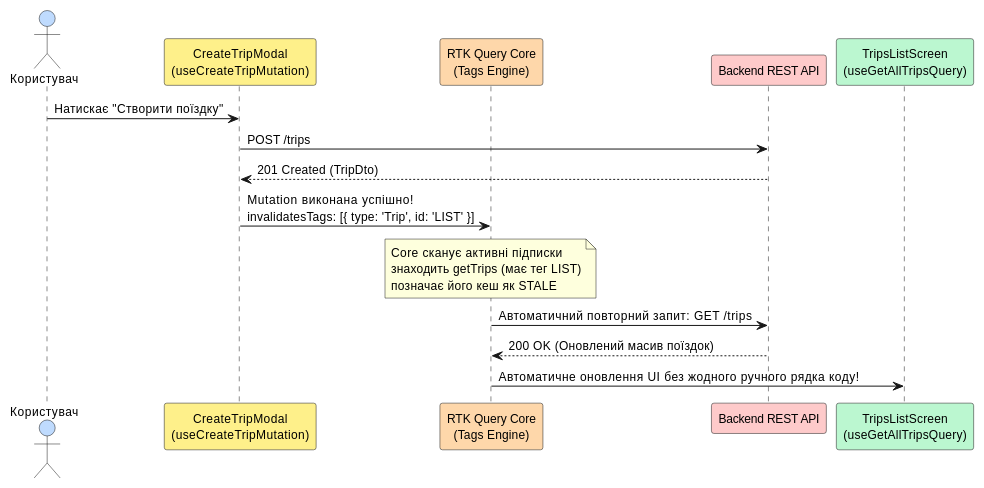
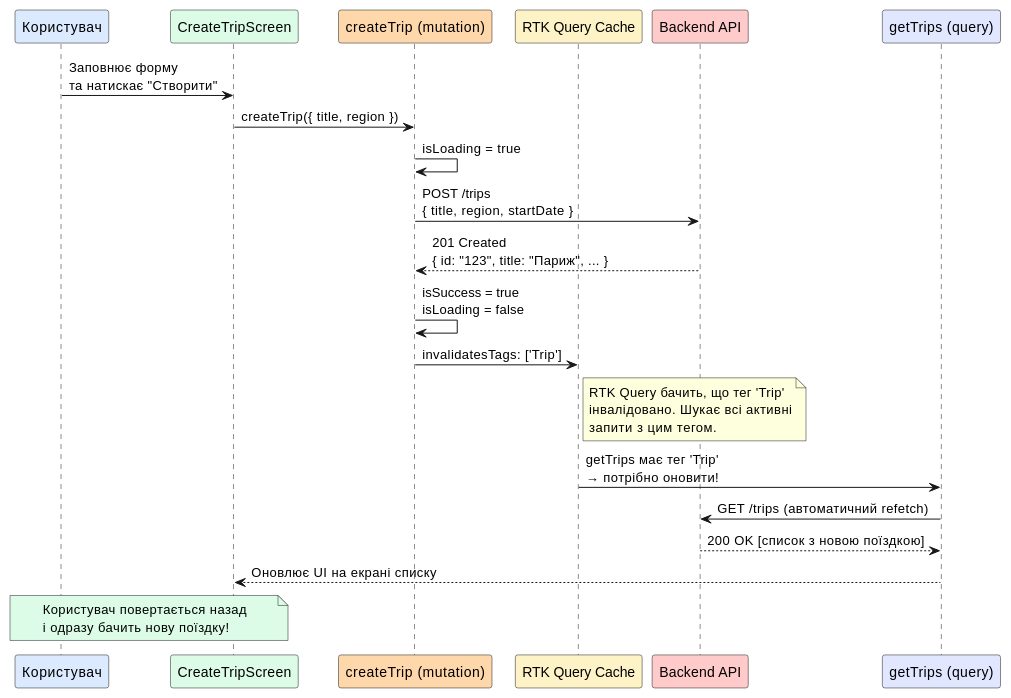
Before and after one commit to arakviel/kostyl.dev: the fifth of 7 diagrams in content/15.react-native/version2/16.rtk-query-mobile.md, drawn with PlantUML. The commit also changed other lines of this file and 10 other files, not shown here.

````diff
--- a/content/15.react-native/version2/16.rtk-query-mobile.md
+++ b/content/15.react-native/version2/16.rtk-query-mobile.md
@@ -498,25 +2456,41 @@
 ```plantuml
 @startuml
 skinparam style plain
 skinparam backgroundColor #ffffff
 skinparam defaultFontName "Helvetica"
-skinparam defaultFontSize 12
 
-actor "Користувач" as User #bfdbfe
-participant "CreateTripModal\n(useCreateTripMutation)" as Modal #fef08a
-participant "RTK Query Core\n(Tags Engine)" as Core #fed7aa
-participant "Backend REST API" as Server #fecaca
-participant "TripsListScreen\n(useGetAllTripsQuery)" as List #bbf7d0
+participant "Користувач" as User #DBEAFE
+participant "CreateTripScreen" as Screen #DCFCE7
+participant "createTrip (mutation)" as Mutation #FED7AA
+participant "RTK Query Cache" as Cache #FEF3C7
+participant "Backend API" as API #FECACA
+participant "getTrips (query)" as Query #E0E7FF
 
-User -> Modal : Натискає "Створити поїздку"
-Modal -> Server : POST /trips
-Server --> Modal : 201 Created (TripDto)
+User -> Screen : Заповнює форму\nта натискає "Створити"
+Screen -> Mutation : createTrip({ title, region })
+Mutation -> Mutation : isLoading = true
 
-Modal -> Core : Mutation виконана успішно!\ninvalidatesTags: [{ type: 'Trip', id: 'LIST' }]
-note over Core : Core сканує активні підписки\nзнаходить getTrips (має тег LIST)\nпозначає його кеш як STALE
+Mutation -> API : POST /trips\n{ title, region, startDate }
+API --> Mutation : 201 Created\n{ id: "123", title: "Париж", ... }
 
-Core -> Server : Автоматичний повторний запит: GET /trips
-Server --> Core : 200 OK (Оновлений масив поїздок)
-Core -> List : Автоматичне оновлення UI без жодного ручного рядка коду!
+Mutation -> Mutation : isSuccess = true\nisLoading = false
+
+Mutation -> Cache : invalidatesTags: ['Trip']
+note right of Cache
+    RTK Query бачить, що тег 'Trip'
+    інвалідовано. Шукає всі активні
+    запити з цим тегом.
+end note
+
+Cache -> Query : getTrips має тег 'Trip'\n→ потрібно оновити!
+Query -> API : GET /trips (автоматичний refetch)
+API --> Query : 200 OK [список з новою поїздкою]
+
+Query --> Screen : Оновлює UI на екрані списку
+note over User, Screen #DCFCE7
+    Користувач повертається назад
+    і одразу бачить нову поїздку!
+end note
+
 @enduml
 ```
````
